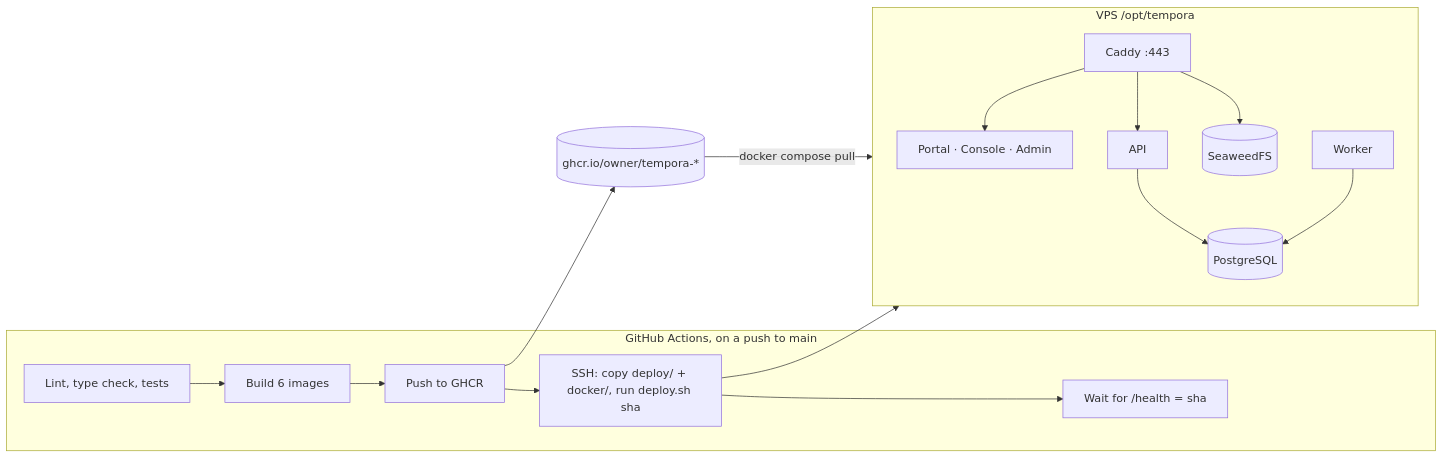
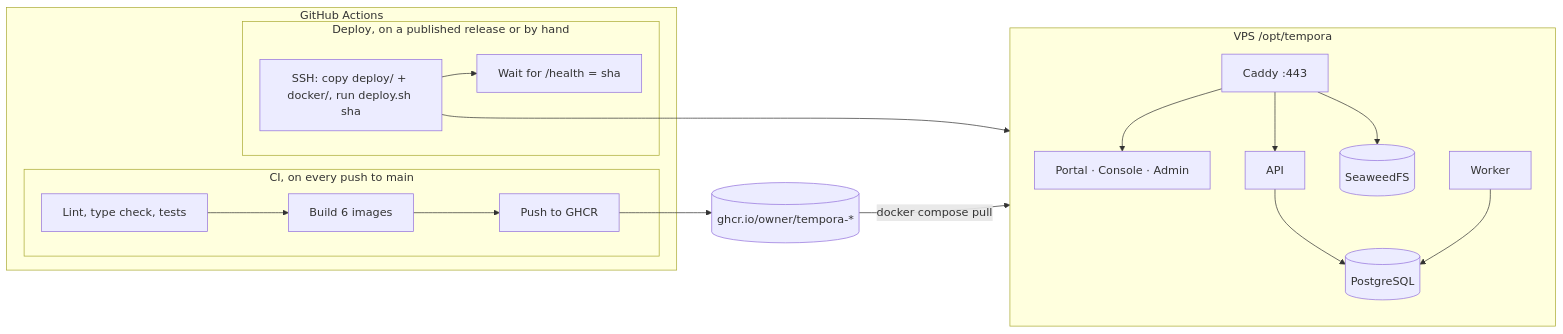
Before and after one commit to faldinaufal/fullstack-portofolio: the diagram in Backend/booking-api/deploy/README.md, drawn with Mermaid. The commit also changed other lines of this file and 3 other files, not shown here.

First line of the commit message:
Deploy on a published release or by hand instead of on every merge

````diff
--- a/Backend/booking-api/deploy/README.md
+++ b/Backend/booking-api/deploy/README.md
@@ -10,17 +10,20 @@
 ```mermaid
 flowchart LR
-    subgraph GH[GitHub Actions, on a push to main]
-        T[Lint, type check, tests] --> B[Build 6 images] --> P[Push to GHCR]
-        P --> D[SSH: copy deploy/ + docker/, run deploy.sh sha]
-        D --> H[Wait for /health = sha]
+    subgraph GH[GitHub Actions]
+        subgraph CI[CI, on every push to main]
+            T[Lint, type check, tests] --> B[Build 6 images] --> P[Push to GHCR]
+        end
+        subgraph DEP[Deploy, on a published release or by hand]
+            D[SSH: copy deploy/ + docker/, run deploy.sh sha] --> H[Wait for /health = sha]
+        end
     end
     P --> R[(ghcr.io/owner/tempora-*)]
     D --> V
     subgraph V[VPS /opt/tempora]
         C[Caddy :443] --> Apps[Portal · Console · Admin]
         C --> API --> DB[(PostgreSQL)]
         C --> S[(SeaweedFS)]
         W[Worker] --> DB
     end
     R -->|docker compose pull| V
 ```
````
